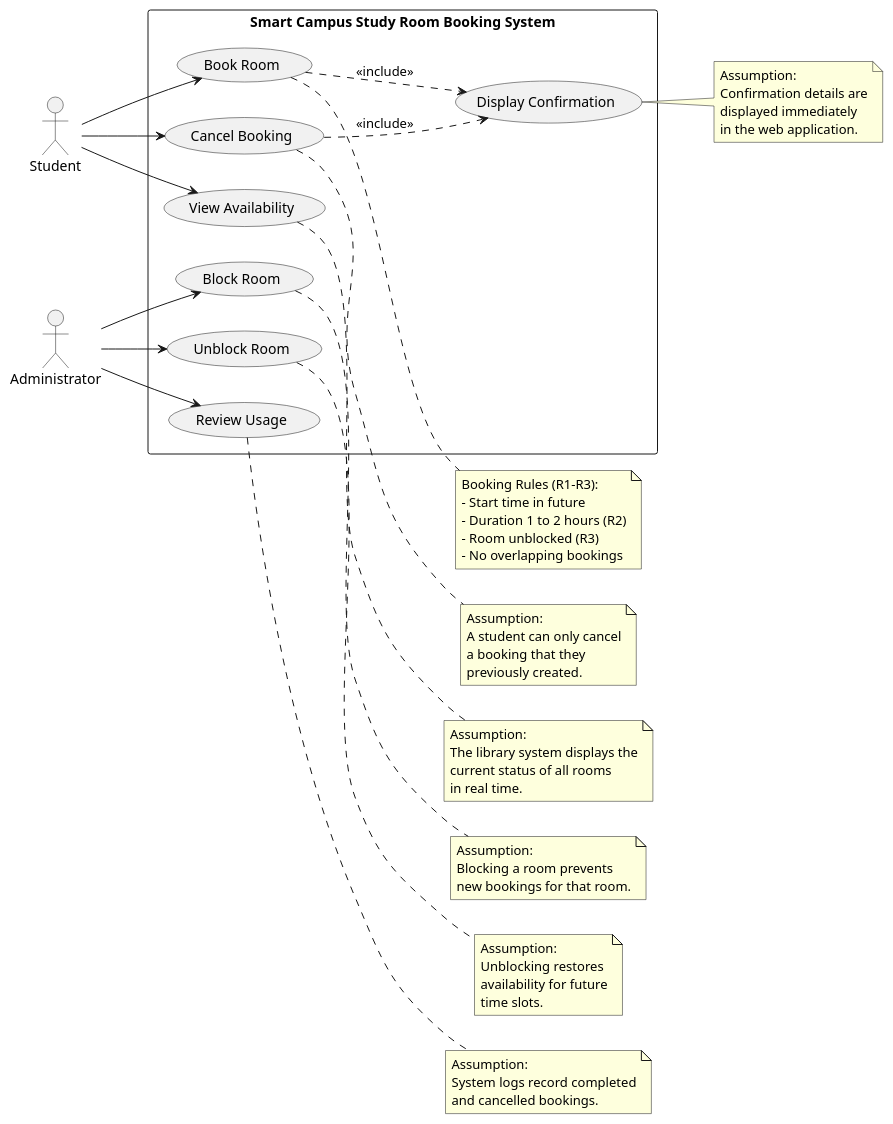
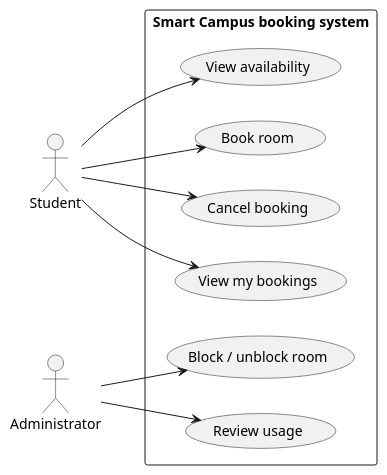
One commit to KabylDaryn/se-practice changed the diagram in week-04/models/use-case.puml. Above: the diagram before and after it, drawn with PlantUML. The commit also changed 7 other files, not shown here.

Commit message:
week-04: complete modeling lab, updated UML diagrams and submission declaration

```diff
--- a/week-04/models/use-case.puml
+++ b/week-04/models/use-case.puml
@@ -1,80 +1,24 @@
 @startuml
 left to right direction
 
-actor Student
-actor Administrator
+actor Student as student
+actor Administrator as administrator
 
-rectangle "Smart Campus Study Room Booking System" {
-
-    usecase "View Availability" as UC1
-    usecase "Book Room" as UC2
-    usecase "Cancel Booking" as UC3
-    usecase "Block Room" as UC4
-    usecase "Unblock Room" as UC5
-    usecase "Review Usage" as UC6
-    usecase "Display Confirmation" as UC7
+rectangle "Smart Campus booking system" {
+    usecase "View availability" as UC1
+    usecase "Book room" as UC2
+    usecase "Cancel booking" as UC3
+    usecase "View my bookings" as UC4
+    usecase "Block / unblock room" as UC5
+    usecase "Review usage" as UC6
 }
 
-Student --> UC1
-Student --> UC2
-Student --> UC3
+student --> UC1
+student --> UC2
+student --> UC3
+student --> UC4
 
-Administrator --> UC4
-Administrator --> UC5
-Administrator --> UC6
-
-'why: R4 - Successful booking produces an immediate confirmation
-UC2 ..> UC7 : <<include>>
-
-'why: US-03 - Confirmation displayed upon successful cancellation
-UC3 ..> UC7 : <<include>>
-
-note right of UC1
-Assumption:
-The library system displays the
-current status of all rooms
-in real time.
-end note
-
-note right of UC2
-Booking Rules (R1-R3):
-- Start time in future
-- Duration 1 to 2 hours (R2)
-- Room unblocked (R3)
-- No overlapping bookings
-end note
-
-note right of UC3
-Assumption:
-A student can only cancel
-a booking that they
-previously created.
-end note
-
-note right of UC4
-Assumption:
-Blocking a room prevents
-new bookings for that room.
-end note
-
-note right of UC5
-Assumption:
-Unblocking restores
-availability for future
-time slots.
-end note
-
-note right of UC6
-Assumption:
-System logs record completed
-and cancelled bookings.
-end note
-
-note right of UC7
-Assumption:
-Confirmation details are
-displayed immediately
-in the web application.
-end note
+administrator --> UC5
+administrator --> UC6
 
 @enduml
```
